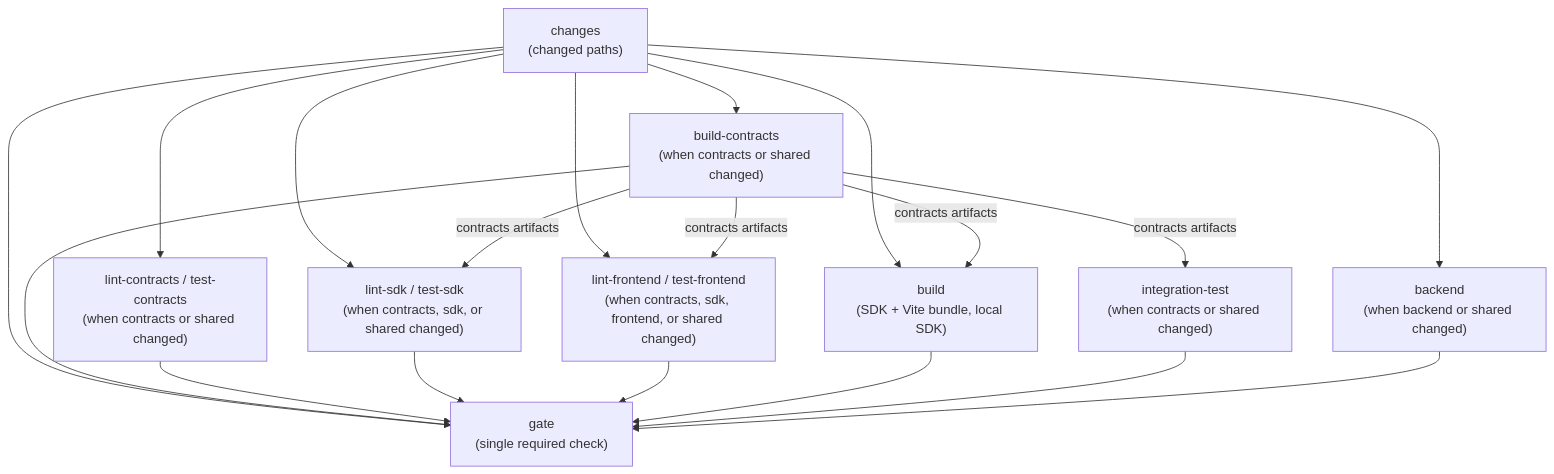
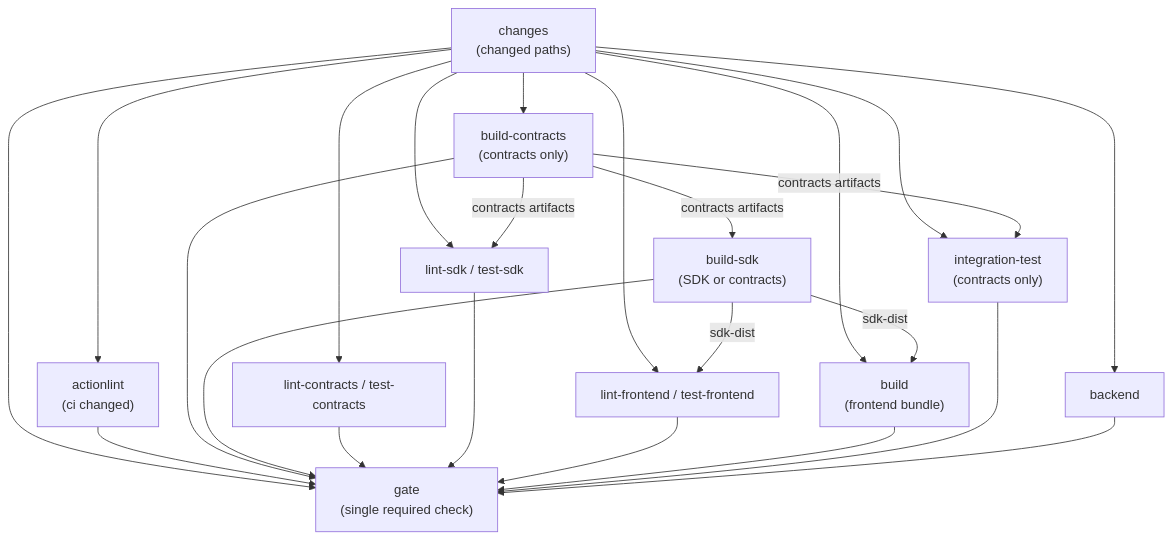
The diagram in docs/ci.md (kasakame/kasakame), drawn with Mermaid before and after one commit. The commit also changed other lines of this file and 2 other files, not shown here.

Commit message:
ci(repo): isolate contract lanes and share the SDK build

````diff
--- a/docs/ci.md
+++ b/docs/ci.md
@@ -51,31 +56,38 @@
 ```mermaid
 flowchart TD
     changes["changes<br/>(changed paths)"]
-    buildc["build-contracts<br/>(when contracts or shared changed)"]
-    contracts["lint-contracts / test-contracts<br/>(when contracts or shared changed)"]
-    sdk["lint-sdk / test-sdk<br/>(when contracts, sdk, or shared changed)"]
-    frontend["lint-frontend / test-frontend<br/>(when contracts, sdk, frontend, or shared changed)"]
-    build["build<br/>(SDK + Vite bundle, local SDK)"]
-    integration["integration-test<br/>(when contracts or shared changed)"]
-    backend["backend<br/>(when backend or shared changed)"]
+    actionlint["actionlint<br/>(ci changed)"]
+    buildc["build-contracts<br/>(contracts only)"]
+    buildsdk["build-sdk<br/>(SDK or contracts)"]
+    contracts["lint-contracts / test-contracts"]
+    sdk["lint-sdk / test-sdk"]
+    frontend["lint-frontend / test-frontend"]
+    build["build<br/>(frontend bundle)"]
+    integration["integration-test<br/>(contracts only)"]
+    backend["backend"]
     gate["gate<br/>(single required check)"]
 
+    changes --> actionlint
     changes --> buildc
     changes --> contracts
     changes --> sdk
     changes --> frontend
     changes --> build
+    changes --> integration
     changes --> backend
+    buildc -->|"contracts artifacts"| buildsdk
     buildc -->|"contracts artifacts"| sdk
-    buildc -->|"contracts artifacts"| frontend
-    buildc -->|"contracts artifacts"| build
     buildc -->|"contracts artifacts"| integration
+    buildsdk -->|"sdk-dist"| frontend
+    buildsdk -->|"sdk-dist"| build
     changes --> gate
+    actionlint --> gate
     buildc --> gate
+    buildsdk --> gate
     contracts --> gate
     sdk --> gate
     frontend --> gate
     build --> gate
     integration --> gate
     backend --> gate
 ```
````
